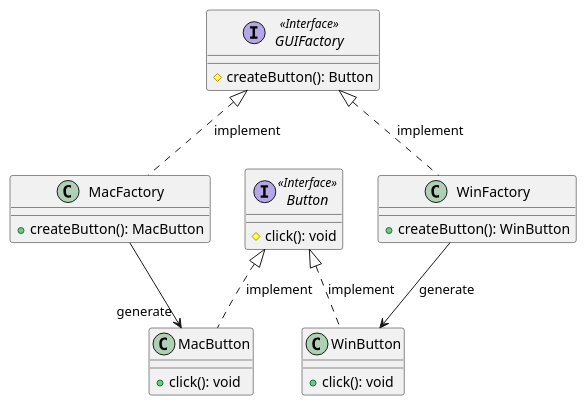
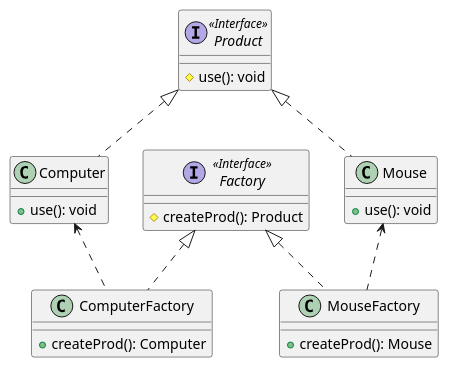
One commit to wenfujing/design-pattern changed the diagram in abstract-factory/resources/abstract-factory.puml. Above: the diagram before and after it, drawn with PlantUML. The commit also changed 19 other files, not shown here.

```diff
--- a/abstract-factory/resources/abstract-factory.puml
+++ b/abstract-factory/resources/abstract-factory.puml
@@ -1,30 +1,24 @@
 @startuml
-interface GUIFactory <<Interface>> {
-    # createButton(): Button
+interface Factory <<Interface>> {
+    # createProd(): Product
 }
-class MacFactory {
-    + createButton(): MacButton
+class ComputerFactory implements Factory {
+    + createProd(): Computer
 }
-class WinFactory {
-    + createButton(): WinButton
+class MouseFactory implements Factory {
+    + createProd(): Mouse
 }
-interface Button <<Interface>> {
-    # click(): void
+interface Product <<Interface>> {
+    # use(): void
 }
-class MacButton {
-    + click(): void
+class Computer implements Product {
+    + use(): void
 }
-class WinButton {
-    + click(): void
+class Mouse implements Product {
+    + use(): void
 }
 
-GUIFactory <|.. MacFactory :implement
-GUIFactory <|.. WinFactory :implement
-
-Button <|.. MacButton :implement
-Button <|.. WinButton :implement
-
-MacFactory --> "generate" MacButton
-WinFactory --> WinButton :generate
+Computer <.. ComputerFactory
+Mouse <.. MouseFactory
 
 @enduml
```
